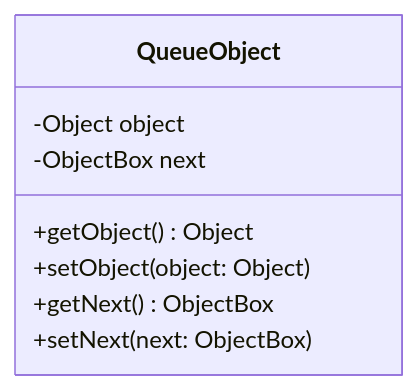
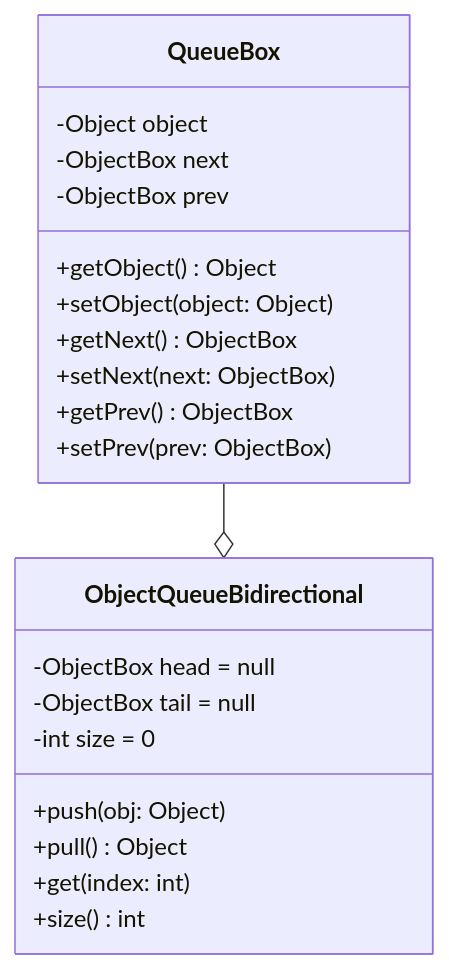
The third of 5 diagrams in README.md (Serega1067/QueueJava), drawn with Mermaid before and after one commit.

````diff
--- a/README.md
+++ b/README.md
@@ -60,11 +60,24 @@
 ```mermaid
 classDiagram
-class QueueObject{
+class QueueBox{
     -Object object
     -ObjectBox next
+    -ObjectBox prev
     +getObject() Object
     +setObject(object: Object)
     +getNext() ObjectBox
     +setNext(next: ObjectBox)
+    +getPrev() ObjectBox
+    +setPrev(prev: ObjectBox)
+}
+QueueBox --o ObjectQueueBidirectional
+class ObjectQueueBidirectional{
+    -ObjectBox head = null
+    -ObjectBox tail = null
+    -int size = 0
+    +push(obj: Object)
+    +pull() Object
+    +get(index: int)
+    +size() int
 }
 ```
````
